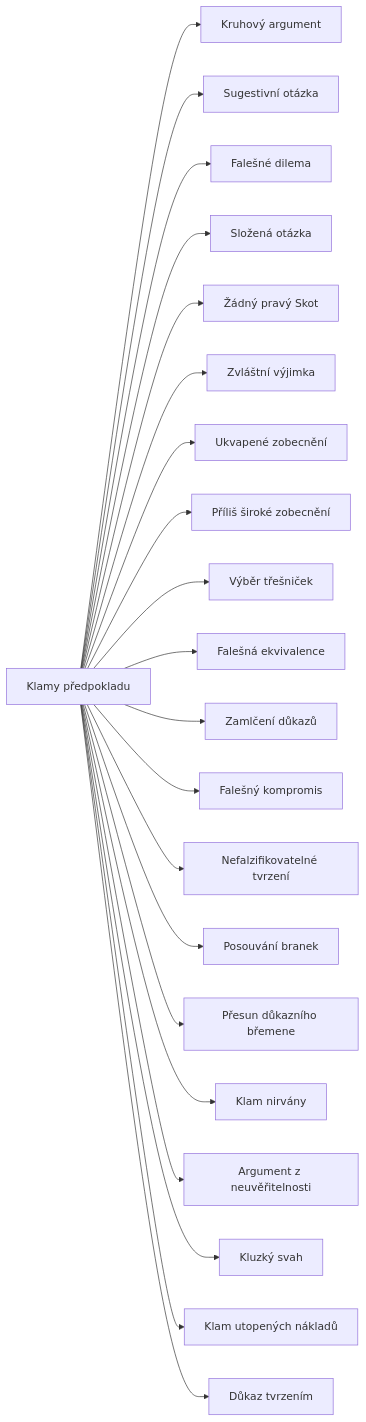
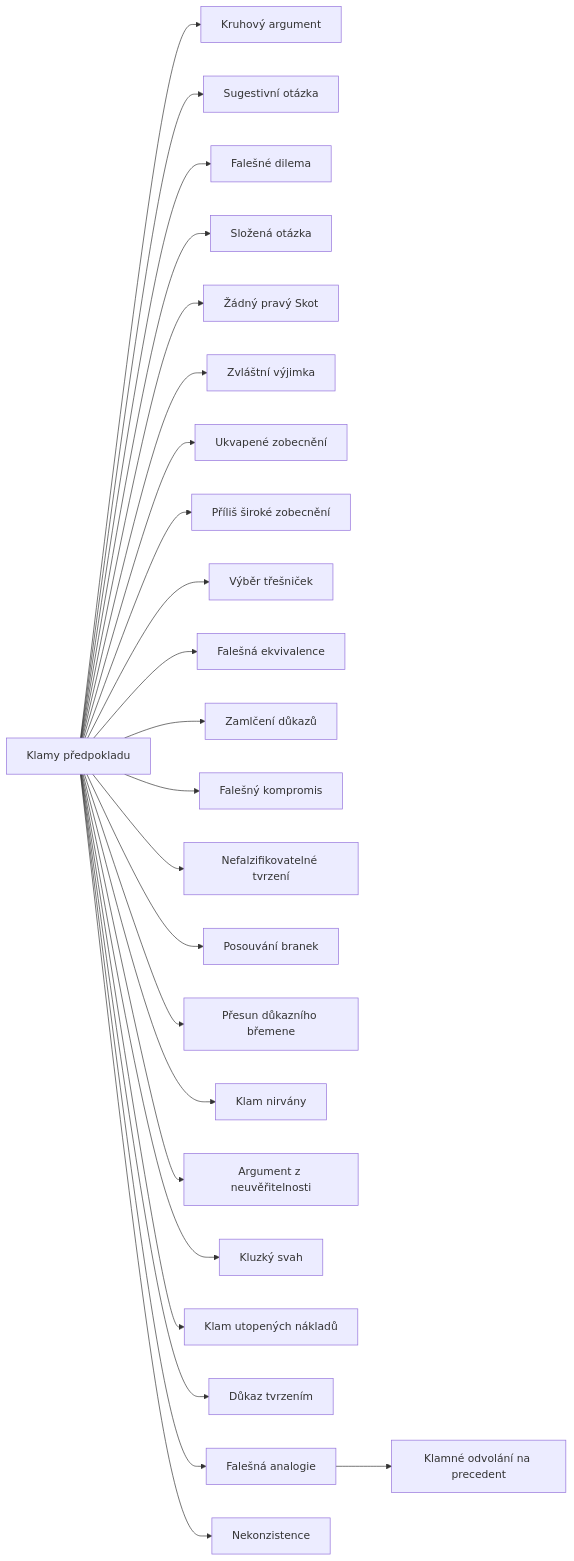
The diagram in content/kompendium/argumentacni-fauly/predpoklady-argumentu/_index.md (korczis/kompendium-epistemicke-anihilace), drawn with Mermaid before and after one commit. The commit also changed other lines of this file and 280 other files, not shown here.

````diff
--- a/content/kompendium/argumentacni-fauly/predpoklady-argumentu/_index.md
+++ b/content/kompendium/argumentacni-fauly/predpoklady-argumentu/_index.md
@@ -192,65 +195,74 @@
 ```mermaid
 flowchart LR
   F["Klamy předpokladu"]
   click F "@/kompendium/argumentacni-fauly/predpoklady-argumentu/_index.md"
   n1["Kruhový argument"]
   n2["Sugestivní otázka"]
   n3["Falešné dilema"]
   n4["Složená otázka"]
   n5["Žádný pravý Skot"]
   n6["Zvláštní výjimka"]
   n7["Ukvapené zobecnění"]
   n8["Příliš široké zobecnění"]
   n9["Výběr třešniček"]
   n10["Falešná ekvivalence"]
   n11["Zamlčení důkazů"]
   n12["Falešný kompromis"]
   n13["Nefalzifikovatelné tvrzení"]
   n14["Posouvání branek"]
   n15["Přesun důkazního břemene"]
   n16["Klam nirvány"]
   n17["Argument z neuvěřitelnosti"]
   n18["Kluzký svah"]
   n19["Klam utopených nákladů"]
   n20["Důkaz tvrzením"]
+  n21["Falešná analogie"]
+  n22["Klamné odvolání na precedent"]
+  n23["Nekonzistence"]
   F --> n1
   F --> n2
   F --> n3
   F --> n4
   F --> n5
   F --> n6
   F --> n7
   F --> n8
   F --> n9
   F --> n10
   F --> n11
   F --> n12
   F --> n13
   F --> n14
   F --> n15
   F --> n16
   F --> n17
   F --> n18
   F --> n19
   F --> n20
+  F --> n21
+  n21 --> n22
+  F --> n23
   click n1 "@/glossary/cirkularni-argumentace.md"
   click n2 "@/kompendium/argumentacni-fauly/predpoklady-argumentu/sugestivni-otazka.md"
   click n3 "@/kompendium/techniques/ea-1-2-1-falesne-dilema.md"
   click n4 "@/kompendium/argumentacni-fauly/predpoklady-argumentu/slozena-otazka.md"
   click n5 "@/kompendium/argumentacni-fauly/predpoklady-argumentu/zadny-pravy-skot.md"
   click n6 "@/kompendium/argumentacni-fauly/predpoklady-argumentu/zvlastni-vyjimka.md"
   click n7 "@/kompendium/argumentacni-fauly/predpoklady-argumentu/ukvapene-zobecneni.md"
   click n8 "@/kompendium/argumentacni-fauly/predpoklady-argumentu/prilis-siroke-zobecneni.md"
   click n9 "@/kompendium/argumentacni-fauly/predpoklady-argumentu/vyber-tresnicek.md"
   click n10 "@/kompendium/techniques/ea-1-2-2-falesna-ekvivalence.md"
   click n11 "@/kompendium/argumentacni-fauly/predpoklady-argumentu/zamlceni-dukazu.md"
   click n12 "@/kompendium/argumentacni-fauly/predpoklady-argumentu/falesny-kompromis.md"
   click n13 "@/kompendium/argumentacni-fauly/predpoklady-argumentu/nefalzifikovatelnost.md"
   click n14 "@/kompendium/argumentacni-fauly/predpoklady-argumentu/posouvani-branek.md"
   click n15 "@/kompendium/argumentacni-fauly/predpoklady-argumentu/presun-dukazniho-bremene.md"
   click n16 "@/kompendium/argumentacni-fauly/predpoklady-argumentu/nirvana-klam.md"
   click n17 "@/kompendium/argumentacni-fauly/predpoklady-argumentu/argument-z-neuveritelnosti.md"
   click n18 "@/kompendium/argumentacni-fauly/predpoklady-argumentu/kluzky-svah.md"
   click n19 "@/kompendium/argumentacni-fauly/predpoklady-argumentu/klam-utopenych-nakladu.md"
   click n20 "@/kompendium/argumentacni-fauly/predpoklady-argumentu/dokaz-tvrzenim.md"
+  click n21 "@/kompendium/argumentacni-fauly/predpoklady-argumentu/falesna-analogie.md"
+  click n22 "@/kompendium/argumentacni-fauly/predpoklady-argumentu/odvolani-na-precedent.md"
+  click n23 "@/kompendium/argumentacni-fauly/predpoklady-argumentu/nekonzistence.md"
 ```
````
